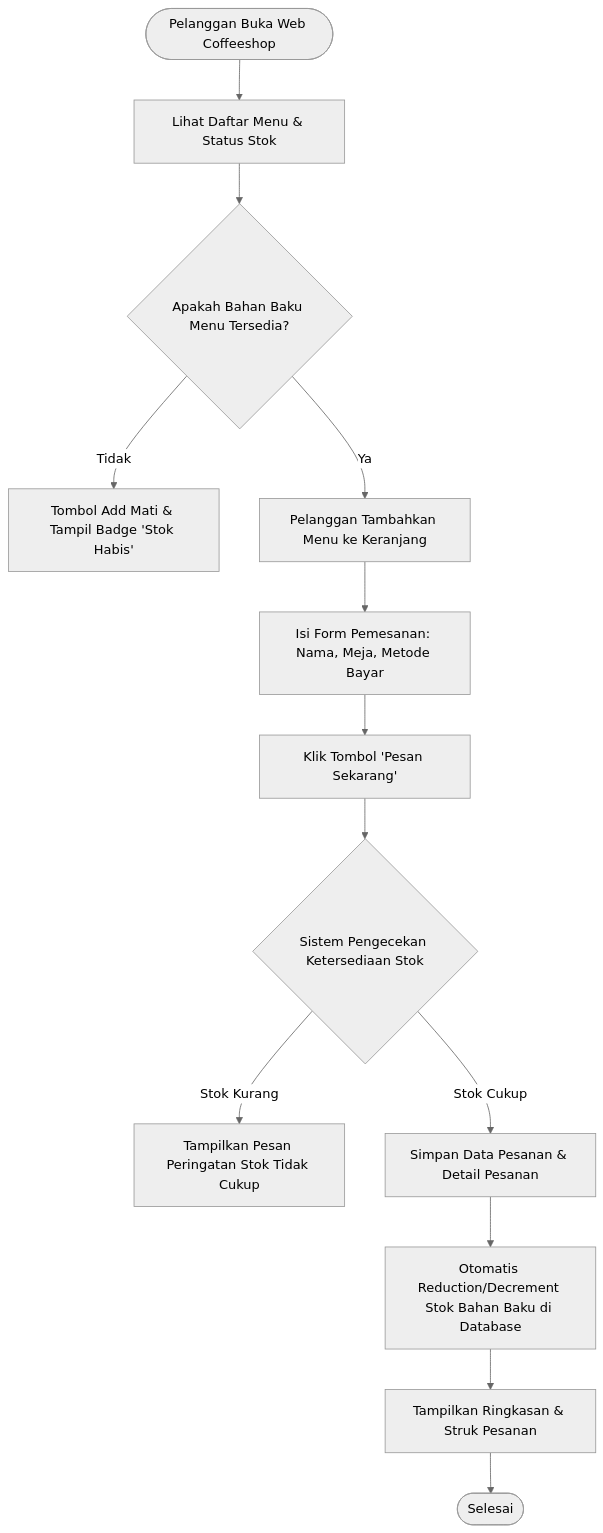
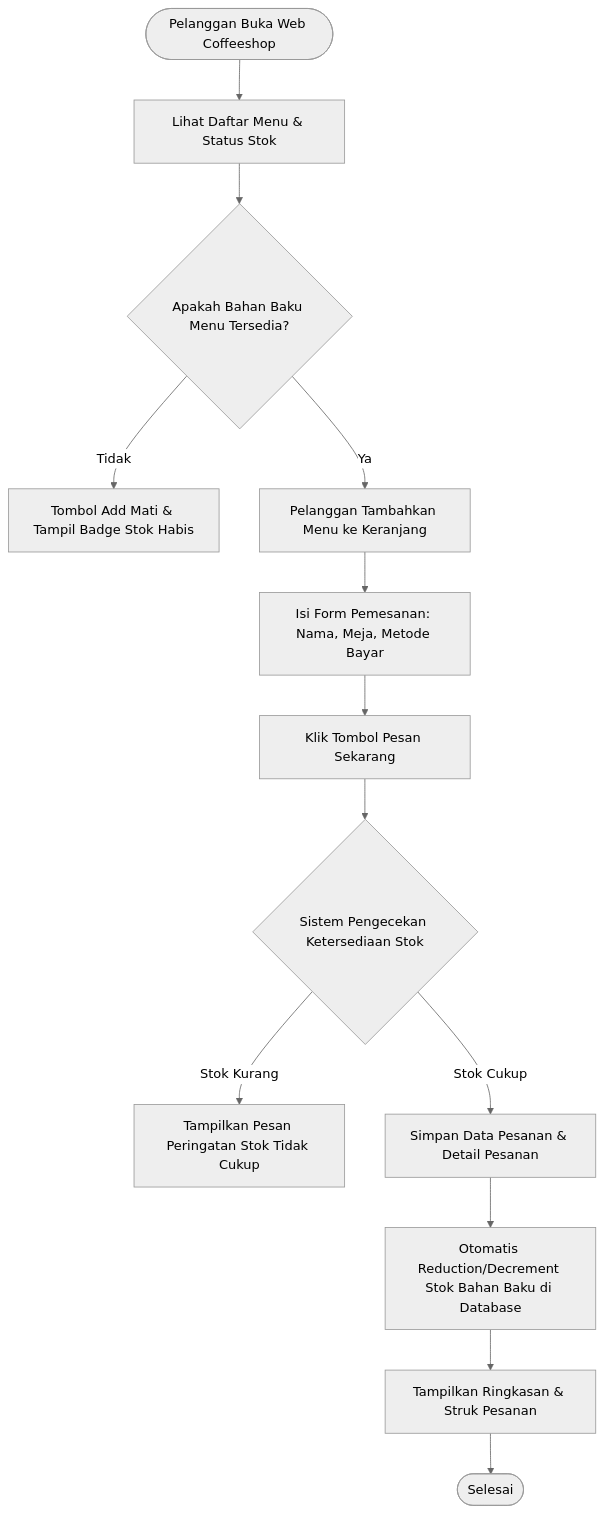
The first of 3 diagrams in README.md (kampusriset/24f_laravel_sipakar_coffeshop), drawn with Mermaid (neutral theme) before and after one commit. The commit also changed other lines of this file, not shown here.

Commit message:
docs: sesuaikan sintaks label diagram Mermaid agar valid di GitHub Markdown preview

````diff
--- a/README.md
+++ b/README.md
@@ -127,15 +127,15 @@
 ```mermaid
 flowchart TD
-    A([Pelanggan Buka Web Coffeeshop]) --> B[Lihat Daftar Menu & Status Stok]
-    B --> C{Apakah Bahan Baku Menu Tersedia?}
-    C -- Tidak --> D[Tombol Add Mati & Tampil Badge 'Stok Habis']
-    C -- Ya --> E[Pelanggan Tambahkan Menu ke Keranjang]
-    E --> F[Isi Form Pemesanan: Nama, Meja, Metode Bayar]
-    F --> G[Klik Tombol 'Pesan Sekarang']
-    G --> H{Sistem Pengecekan Ketersediaan Stok}
-    H -- Stok Kurang --> I[Tampilkan Pesan Peringatan Stok Tidak Cukup]
-    H -- Stok Cukup --> J[Simpan Data Pesanan & Detail Pesanan]
-    J --> K[Otomatis Reduction/Decrement Stok Bahan Baku di Database]
-    K --> L[Tampilkan Ringkasan & Struk Pesanan]
-    L --> M([Selesai])
+    A(["Pelanggan Buka Web Coffeeshop"]) --> B["Lihat Daftar Menu & Status Stok"]
+    B --> C{"Apakah Bahan Baku Menu Tersedia?"}
+    C -- "Tidak" --> D["Tombol Add Mati & Tampil Badge Stok Habis"]
+    C -- "Ya" --> E["Pelanggan Tambahkan Menu ke Keranjang"]
+    E --> F["Isi Form Pemesanan: Nama, Meja, Metode Bayar"]
+    F --> G["Klik Tombol Pesan Sekarang"]
+    G --> H{"Sistem Pengecekan Ketersediaan Stok"}
+    H -- "Stok Kurang" --> I["Tampilkan Pesan Peringatan Stok Tidak Cukup"]
+    H -- "Stok Cukup" --> J["Simpan Data Pesanan & Detail Pesanan"]
+    J --> K["Otomatis Reduction/Decrement Stok Bahan Baku di Database"]
+    K --> L["Tampilkan Ringkasan & Struk Pesanan"]
+    L --> M(["Selesai"])
 ```
````
